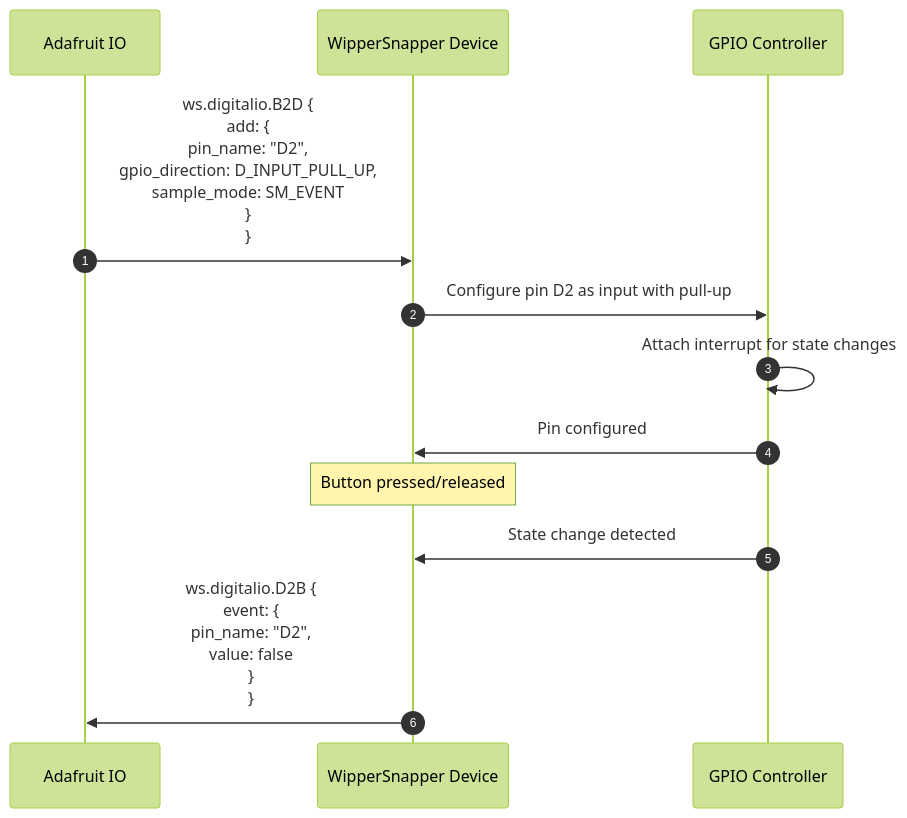
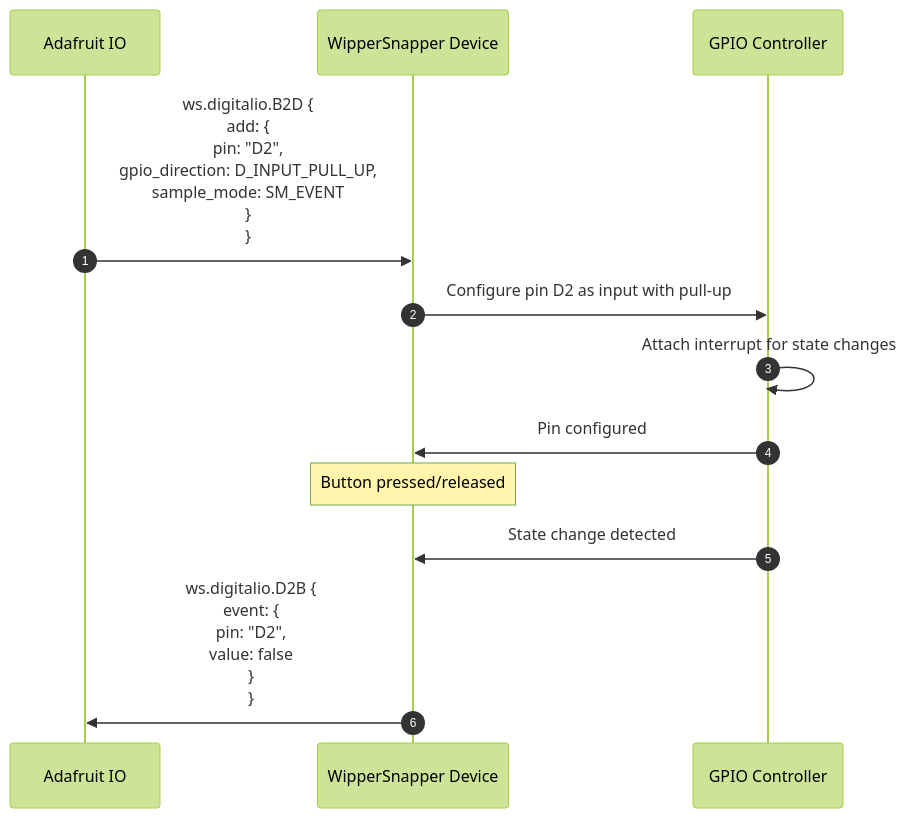
The third of 13 diagrams in proto/wippersnapper/docs/wippersnapper_device_overview.md (adafruit/Wippersnapper_Protobuf), drawn with Mermaid (forest theme) before and after one commit. The commit also changed other lines of this file and 10 other files, not shown here.

Commit message:
rename pin_name to pin everywhere

````diff
--- a/proto/wippersnapper/docs/wippersnapper_device_overview.md
+++ b/proto/wippersnapper/docs/wippersnapper_device_overview.md
@@ -292,18 +292,18 @@
 ```mermaid
 sequenceDiagram
 autonumber
 participant IO as Adafruit IO
 participant Device as WipperSnapper Device
 participant GPIO as GPIO Controller
 
-IO->>Device: ws.digitalio.B2D {<br/>  add: {<br/>    pin_name: "D2",<br/>    gpio_direction: D_INPUT_PULL_UP,<br/>    sample_mode: SM_EVENT<br/>  }<br/>}
+IO->>Device: ws.digitalio.B2D {<br/>  add: {<br/>    pin: "D2",<br/>    gpio_direction: D_INPUT_PULL_UP,<br/>    sample_mode: SM_EVENT<br/>  }<br/>}
 
 Device->>GPIO: Configure pin D2 as input with pull-up
 GPIO->>GPIO: Attach interrupt for state changes
 GPIO->>Device: Pin configured
 
 Note over Device: Button pressed/released
 GPIO->>Device: State change detected
 
-Device->>IO: ws.digitalio.D2B {<br/>  event: {<br/>    pin_name: "D2",<br/>    value: false<br/>  }<br/>}
+Device->>IO: ws.digitalio.D2B {<br/>  event: {<br/>    pin: "D2",<br/>    value: false<br/>  }<br/>}
 ```
````
